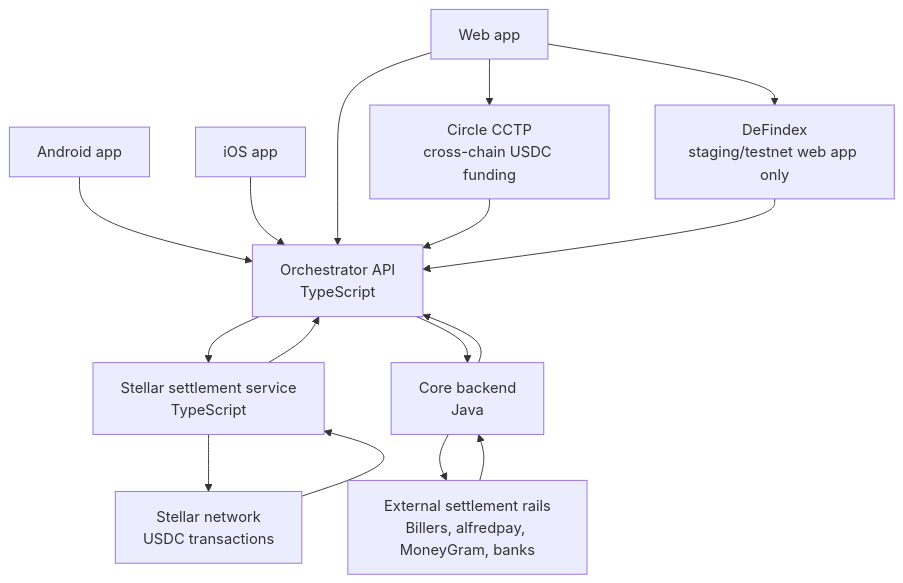
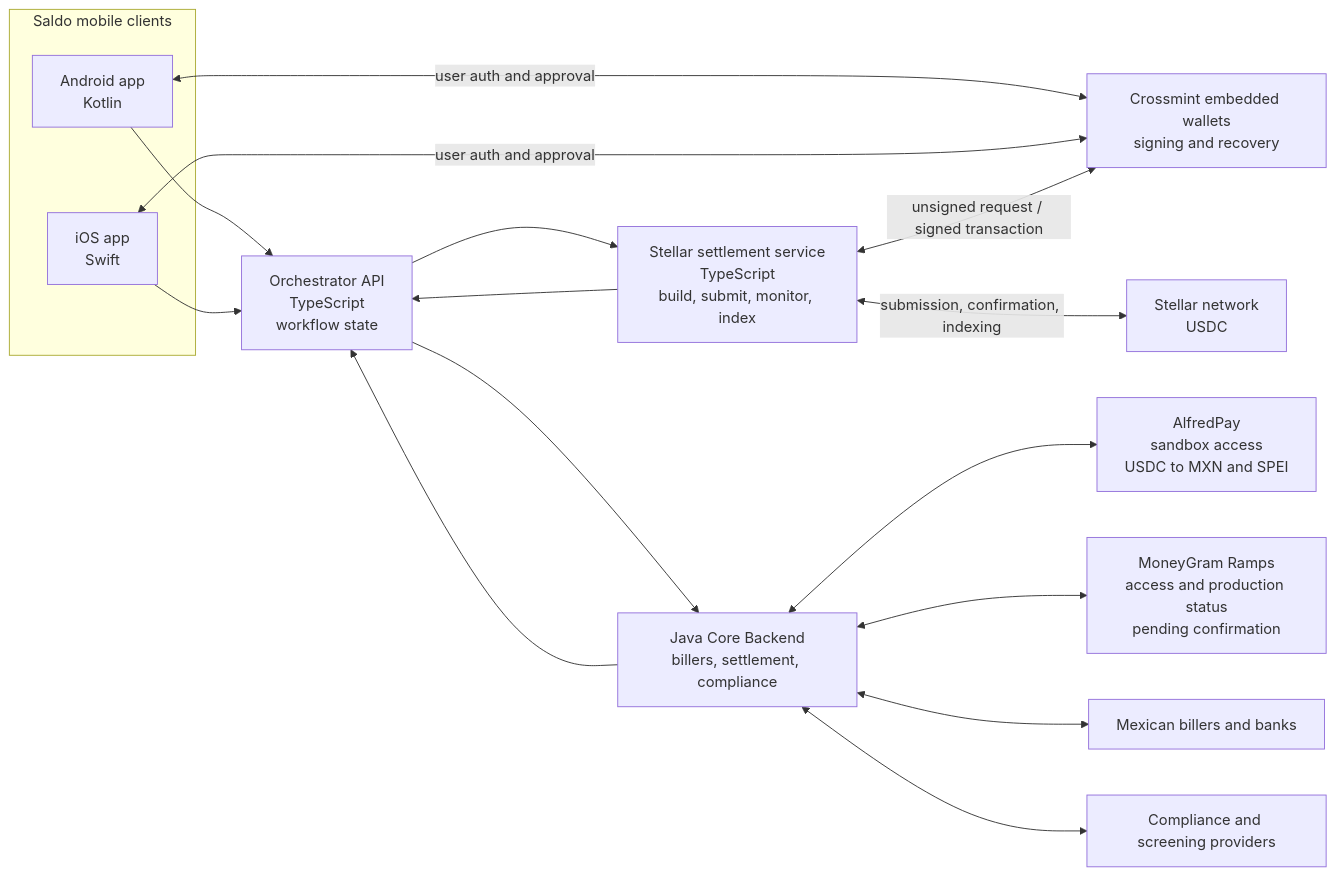
The diagram in README.md (unfodl/saldo_architecture), drawn with Mermaid before and after one commit. The commit also changed other lines of this file and 16 other files, not shown here.

Commit message:
Update architecture for SCF 46 mobile integration

````diff
--- a/README.md
+++ b/README.md
@@ -15,34 +24,32 @@
 ```mermaid
-flowchart TD
-    android[Android app]
-    ios[iOS app]
-    web[Web app]
+flowchart LR
+    subgraph Mobile[Saldo mobile clients]
+        Android[Android app<br/>Kotlin]
+        iOS[iOS app<br/>Swift]
+    end
 
-    orchestrator[Orchestrator API<br/>TypeScript]
-    stellar[Stellar settlement service<br/>TypeScript]
-    core[Core backend<br/>Java]
-    rails[External settlement rails<br/>Billers, alfredpay, MoneyGram, banks]
-    cctp[Circle CCTP<br/>cross-chain USDC funding]
-    defindex[DeFindex<br/>staging/testnet web app only]
-    stellarNet[Stellar network<br/>USDC transactions]
+    Crossmint[Crossmint embedded wallets<br/>signing and recovery]
+    Orchestrator[Orchestrator API<br/>TypeScript<br/>workflow state]
+    StellarSvc[Stellar settlement service<br/>TypeScript<br/>build, submit, monitor, index]
+    Core[Java Core Backend<br/>billers, settlement, compliance]
+    Stellar[Stellar network<br/>USDC]
+    Alfred[AlfredPay<br/>sandbox access<br/>USDC to MXN and SPEI]
+    MoneyGram[MoneyGram Ramps<br/>access and production status<br/>pending confirmation]
+    Billers[Mexican billers and banks]
+    Compliance[Compliance and screening providers]
 
-    android --> orchestrator
-    ios --> orchestrator
-    web --> orchestrator
-
-    orchestrator --> stellar
-    orchestrator --> core
-    web --> cctp
-    cctp --> orchestrator
-    web --> defindex
-    defindex --> orchestrator
-
-    stellar --> stellarNet
-    stellarNet --> stellar
-
-    core --> rails
-    rails --> core
-
-    core --> orchestrator
-    stellar --> orchestrator
+    Android <-->|user auth and approval| Crossmint
+    iOS <-->|user auth and approval| Crossmint
+    Android --> Orchestrator
+    iOS --> Orchestrator
+    Orchestrator --> StellarSvc
+    Orchestrator --> Core
+    StellarSvc <-->|unsigned request / signed transaction| Crossmint
+    StellarSvc <-->|submission, confirmation, indexing| Stellar
+    Core <--> Alfred
+    Core <--> MoneyGram
+    Core <--> Billers
+    Core <--> Compliance
+    StellarSvc --> Orchestrator
+    Core --> Orchestrator
 ```
````
